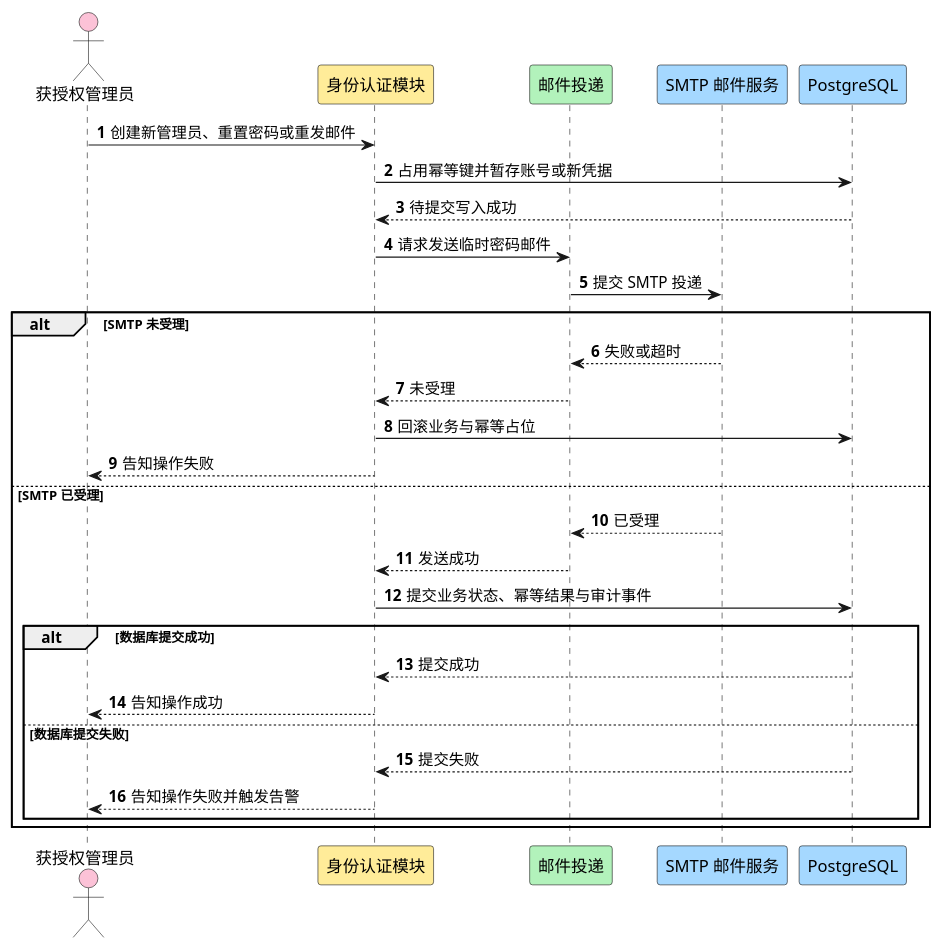
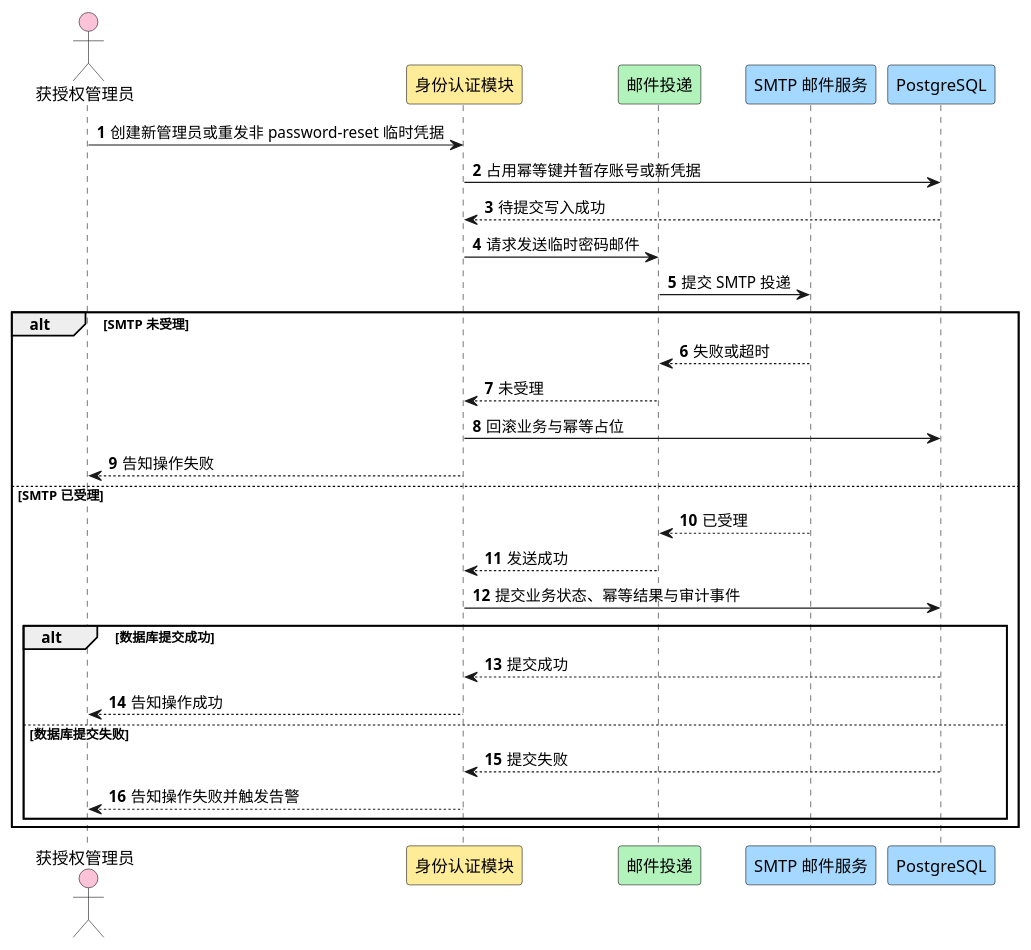
Diagram 13 of 15 in .add/project/knowledge/design/architecture.md (jianghua-hub-ai/han), drawn with PlantUML before and after one commit. The commit also changed other lines of this file and 26 other files, not shown here.

````diff
--- a/.add/project/knowledge/design/architecture.md
+++ b/.add/project/knowledge/design/architecture.md
@@ -946,36 +1434,36 @@
 ```plantuml
 @startuml
 skinparam shadowing false
 skinparam defaultFontName "Microsoft YaHei"
 autonumber
 
 actor "获授权管理员" as AD #fcc2d7
 participant "身份认证模块" as I #ffec99
 participant "邮件投递" as M #b2f2bb
 participant "SMTP 邮件服务" as S #a5d8ff
 participant "PostgreSQL" as DB #a5d8ff
 
-AD -> I : 创建新管理员、重置密码或重发邮件
+AD -> I : 创建新管理员或重发非 password-reset 临时凭据
 I -> DB : 占用幂等键并暂存账号或新凭据
 DB --> I : 待提交写入成功
 I -> M : 请求发送临时密码邮件
 M -> S : 提交 SMTP 投递
 alt SMTP 未受理
   S --> M : 失败或超时
   M --> I : 未受理
   I -> DB : 回滚业务与幂等占位
   I --> AD : 告知操作失败
 else SMTP 已受理
   S --> M : 已受理
   M --> I : 发送成功
   I -> DB : 提交业务状态、幂等结果与审计事件
   alt 数据库提交成功
     DB --> I : 提交成功
     I --> AD : 告知操作成功
   else 数据库提交失败
     DB --> I : 提交失败
     I --> AD : 告知操作失败并触发告警
   end
 end
 @enduml
 ```
````
